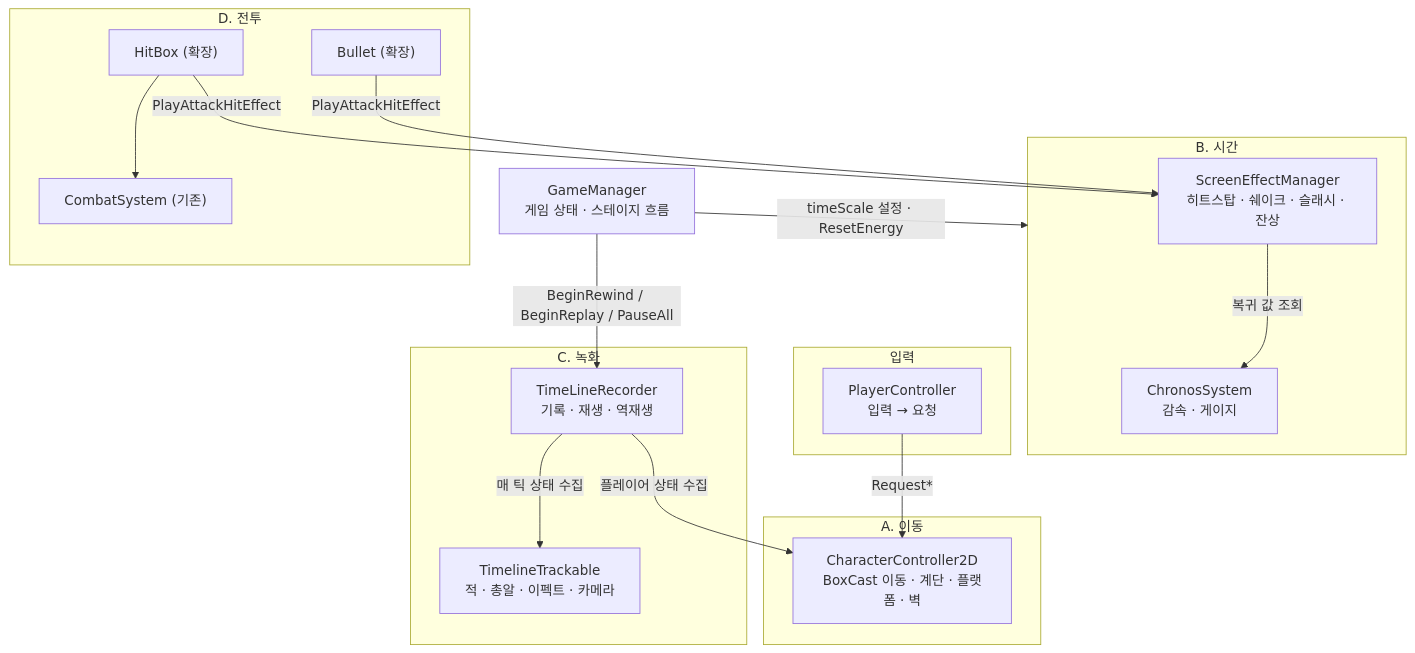
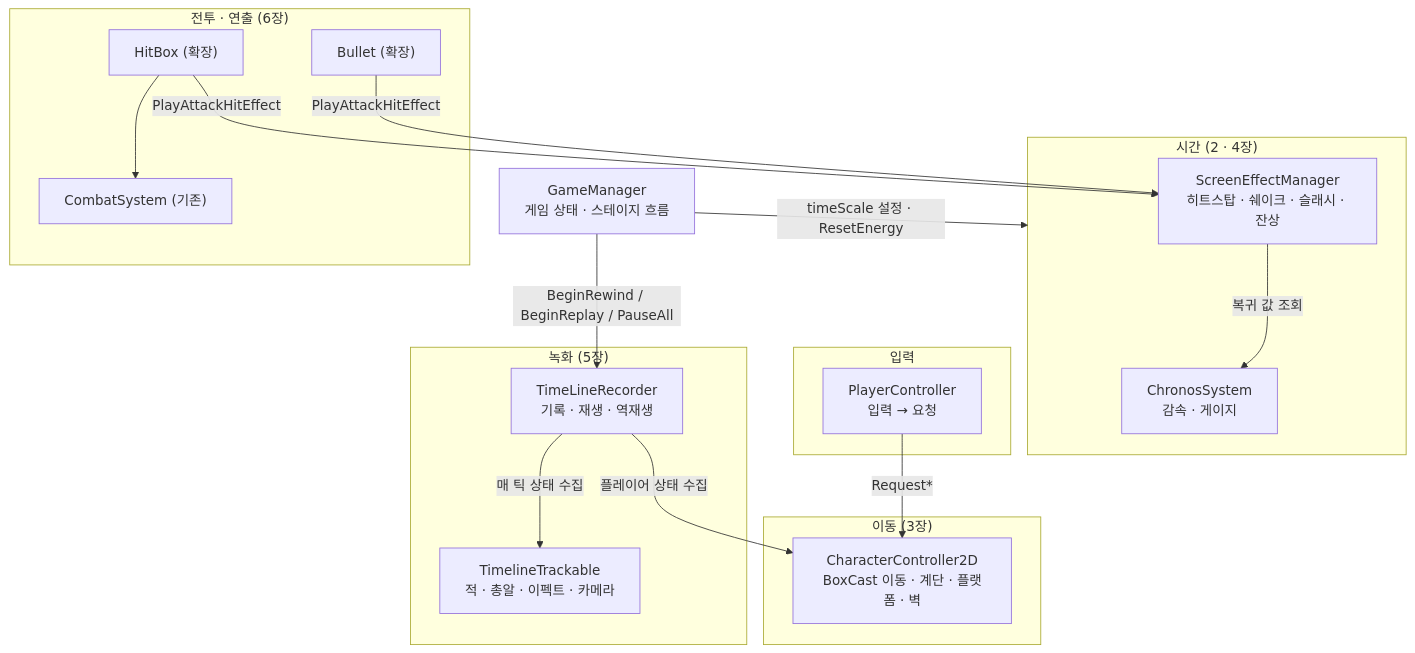
Before and after one commit to NaJungWon/portfolio: the sixth of 6 diagrams in src/03-katana-zero/기술문서.md, drawn with Mermaid. The commit also changed other lines of this file and 6 other files, not shown here.

````diff
--- a/src/03-katana-zero/기술문서.md
+++ b/src/03-katana-zero/기술문서.md
@@ -1100,31 +848,31 @@
 ```mermaid
 flowchart TB
     subgraph Input["입력"]
         PC["PlayerController<br/>입력 → 요청"]
     end
-    subgraph Move["A. 이동"]
+    subgraph Move["이동 (3장)"]
         CC["CharacterController2D<br/>BoxCast 이동 · 계단 · 플랫폼 · 벽"]
     end
-    subgraph Time["B. 시간"]
+    subgraph Time["시간 (2 · 4장)"]
         CH["ChronosSystem<br/>감속 · 게이지"]
         HS["ScreenEffectManager<br/>히트스탑 · 쉐이크 · 슬래시 · 잔상"]
     end
-    subgraph Rec["C. 녹화"]
+    subgraph Rec["녹화 (5장)"]
         TR["TimeLineRecorder<br/>기록 · 재생 · 역재생"]
         TT["TimelineTrackable<br/>적 · 총알 · 이펙트 · 카메라"]
     end
-    subgraph Combat["D. 전투"]
+    subgraph Combat["전투 · 연출 (6장)"]
         HB["HitBox (확장)"] --> CS["CombatSystem (기존)"]
         BU["Bullet (확장)"]
     end
     GM["GameManager<br/>게임 상태 · 스테이지 흐름"]
 
     PC -->|Request*| CC
     GM -->|BeginRewind / BeginReplay / PauseAll| TR
     GM -->|timeScale 설정 · ResetEnergy| Time
     TR -->|매 틱 상태 수집| TT
     TR -->|플레이어 상태 수집| CC
     HB -->|PlayAttackHitEffect| HS
     BU -->|PlayAttackHitEffect| HS
     HS -->|복귀 값 조회| CH
 ```
````
